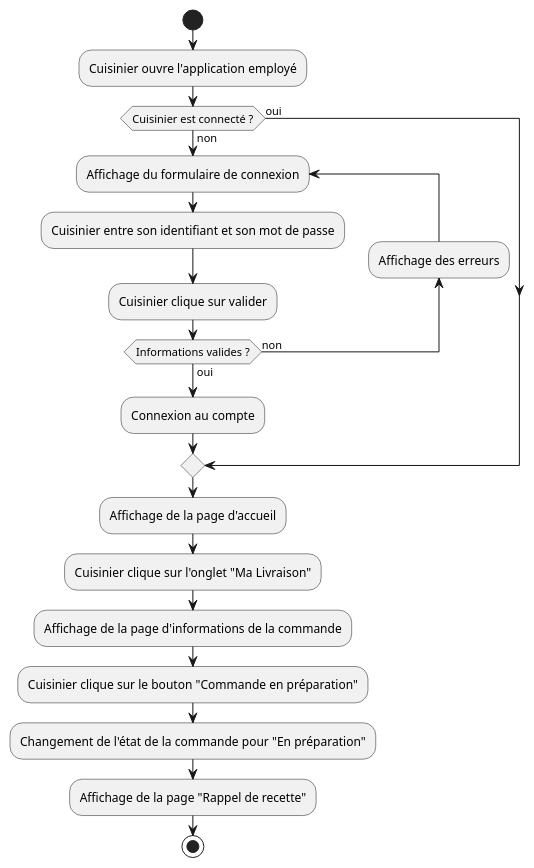
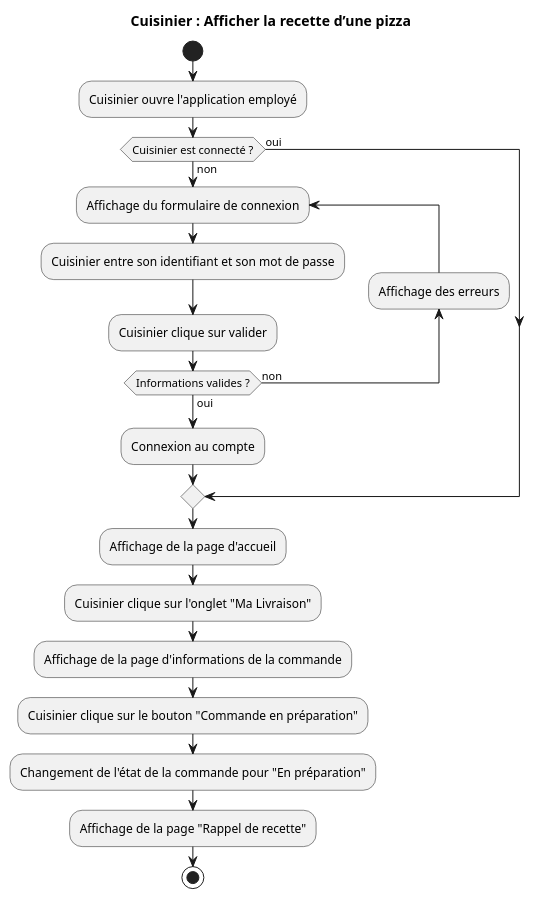
The diagram in diagrams/worker_display_pizza_recipe.puml (Gumpah/project_6), drawn with PlantUML before and after one commit. The commit also changed 25 other files, not shown here.

Commit message:
Adding title to diagrams

```diff
--- a/diagrams/worker_display_pizza_recipe.puml
+++ b/diagrams/worker_display_pizza_recipe.puml
@@ -1,28 +1,30 @@
 @startuml
 'https://plantuml.com/activity-diagram-beta
+
+title Cuisinier : Afficher la recette d’une pizza
 
 start
 
 :Cuisinier ouvre l'application employé;
 
 if (Cuisinier est connecté ?) then (oui)
 else (non)
     repeat :Affichage du formulaire de connexion;
         :Cuisinier entre son identifiant et son mot de passe;
         :Cuisinier clique sur valider;
         backward:Affichage des erreurs;
     repeat while (Informations valides ?) is (non) not (oui)
 
     :Connexion au compte;
 endif
 
 :Affichage de la page d'accueil;
 :Cuisinier clique sur l'onglet "Ma Livraison";
 :Affichage de la page d'informations de la commande;
 :Cuisinier clique sur le bouton "Commande en préparation";
 :Changement de l'état de la commande pour "En préparation";
 :Affichage de la page "Rappel de recette";
 
 stop
 
 @enduml
```
